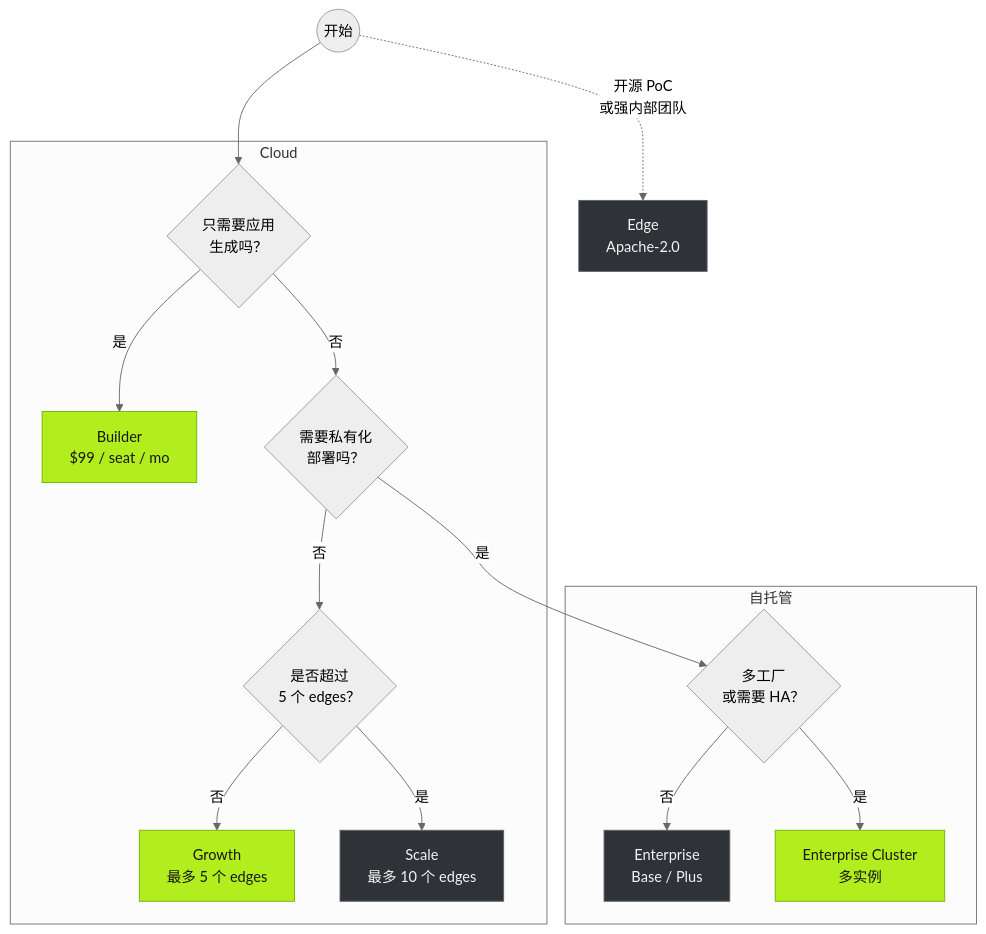
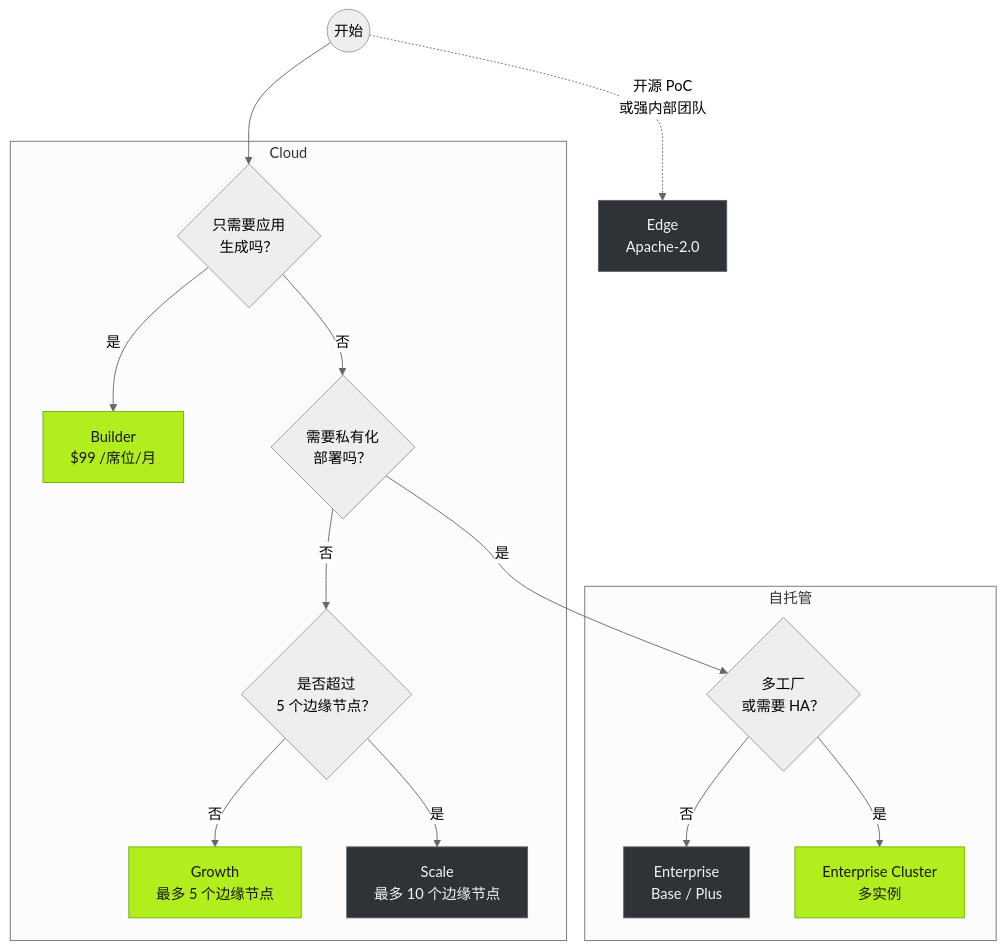
One commit to FREEZONEX/Tier0-docs-site changed the diagram in src/content/docs/zh-cn/get-started/choosing-version.mdx. Above: the diagram before and after it, drawn with Mermaid (neutral theme). The commit also changed other lines of this file and 93 other files, not shown here.

````diff
--- a/src/content/docs/zh-cn/get-started/choosing-version.mdx
+++ b/src/content/docs/zh-cn/get-started/choosing-version.mdx
@@ -119,25 +119,25 @@
 ```mermaid
 flowchart TD
   start(("开始")) --> appOnly{"只需要应用<br/>生成吗？"}
 
   subgraph cloud["Cloud"]
-    appOnly -- "是" --> builder["Builder<br/>$99 / seat / mo"]
+    appOnly -- "是" --> builder["Builder<br/>$99 /席位/月"]
     appOnly -- "否" --> selfHost{"需要私有化<br/>部署吗？"}
-    selfHost -- "否" --> edgeCount{"是否超过<br/>5 个 edges？"}
-    edgeCount -- "否" --> growth["Growth<br/>最多 5 个 edges"]
-    edgeCount -- "是" --> scale["Scale<br/>最多 10 个 edges"]
+    selfHost -- "否" --> edgeCount{"是否超过<br/>5 个边缘节点？"}
+    edgeCount -- "否" --> growth["Growth<br/>最多 5 个边缘节点"]
+    edgeCount -- "是" --> scale["Scale<br/>最多 10 个边缘节点"]
   end
 
   subgraph selfManaged["自托管"]
     selfHost -- "是" --> multiSite{"多工厂<br/>或需要 HA？"}
     multiSite -- "否" --> basePlus["Enterprise<br/>Base / Plus"]
     multiSite -- "是" --> cluster["Enterprise Cluster<br/>多实例"]
   end
 
   start -. "开源 PoC<br/>或强内部团队" .-> edge["Edge<br/>Apache-2.0"]
 
   classDef t0accent fill:#B2ED1D,stroke:#73B200,color:#171717
   classDef t0muted fill:#2f3338,stroke:#5a626b,color:#f4f4f4
   class builder,growth,cluster t0accent
   class edge,scale,basePlus t0muted
 ```
````
